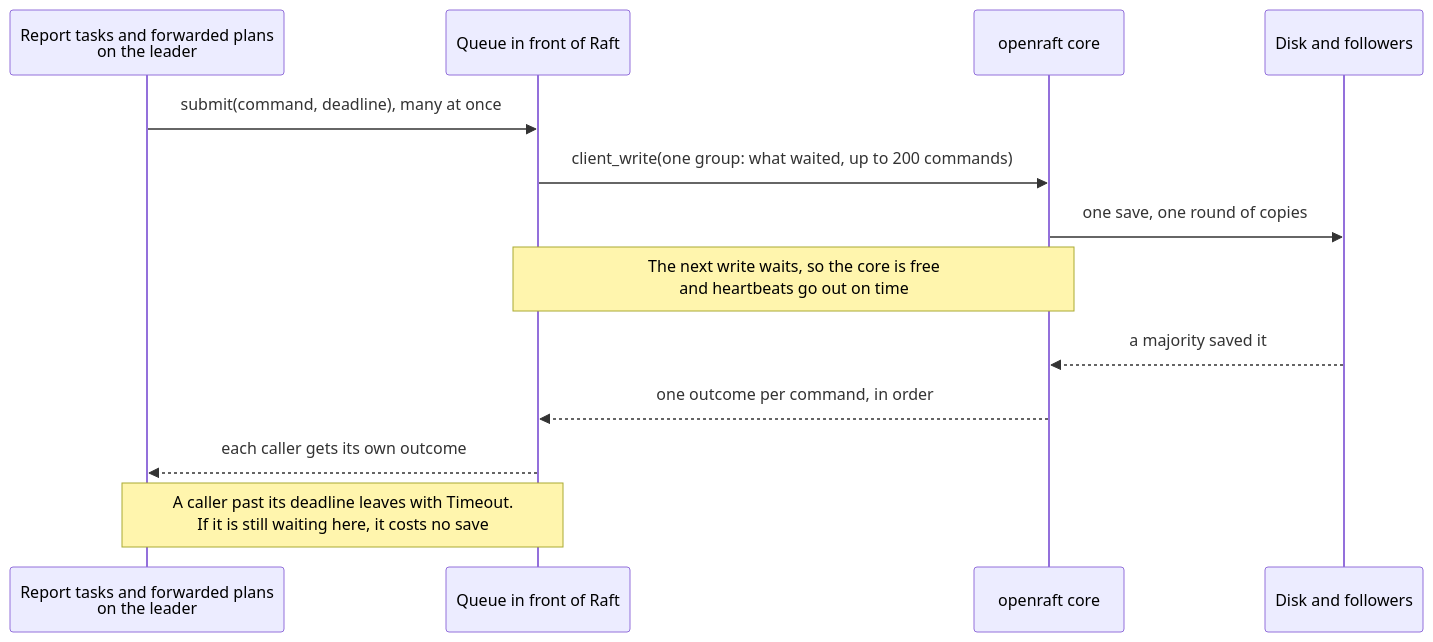
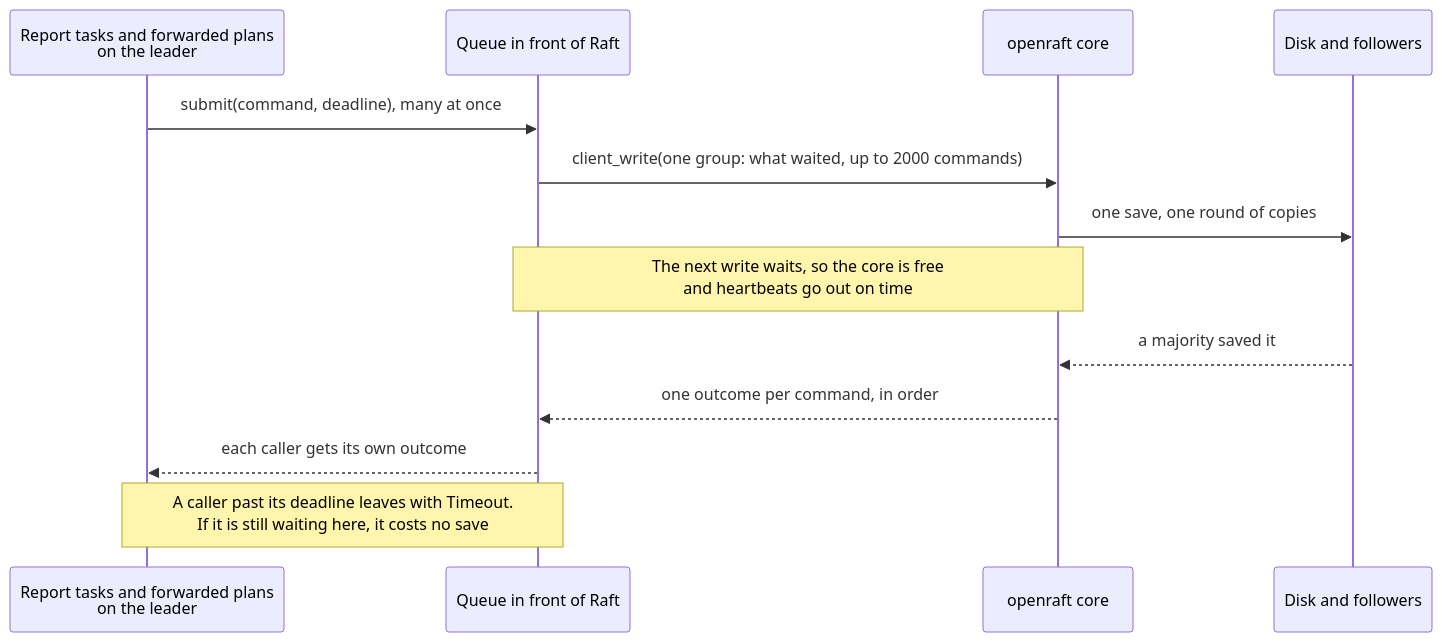
Diagram 31 of 48 in docs/architecture.md (noortaytoy1/DistributedSystems), drawn with Mermaid before and after one commit. The commit also changed other lines of this file and 6 other files, not shown here.

````diff
--- a/docs/architecture.md
+++ b/docs/architecture.md
@@ -1338,15 +1338,15 @@
 ```mermaid
 sequenceDiagram
     participant W as Report tasks and forwarded plans<br/>on the leader
     participant Q as Queue in front of Raft
     participant R as openraft core
     participant D as Disk and followers
     W->>Q: submit(command, deadline), many at once
-    Q->>R: client_write(one group: what waited, up to 200 commands)
+    Q->>R: client_write(one group: what waited, up to 2000 commands)
     R->>D: one save, one round of copies
     Note over Q,R: The next write waits, so the core is free<br/>and heartbeats go out on time
     D-->>R: a majority saved it
     R-->>Q: one outcome per command, in order
     Q-->>W: each caller gets its own outcome
     Note over W,Q: A caller past its deadline leaves with Timeout.<br/>If it is still waiting here, it costs no save
 ```
````
